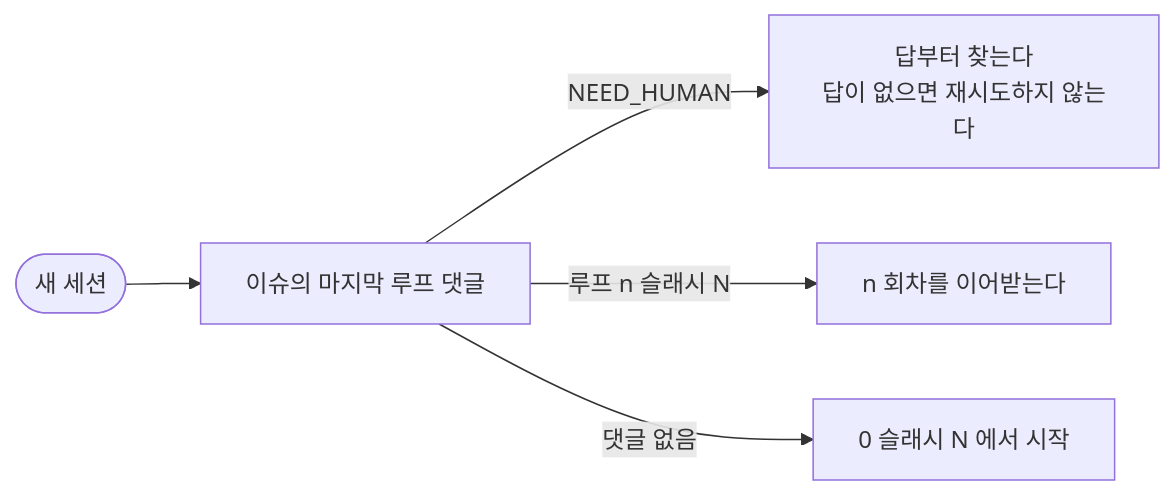
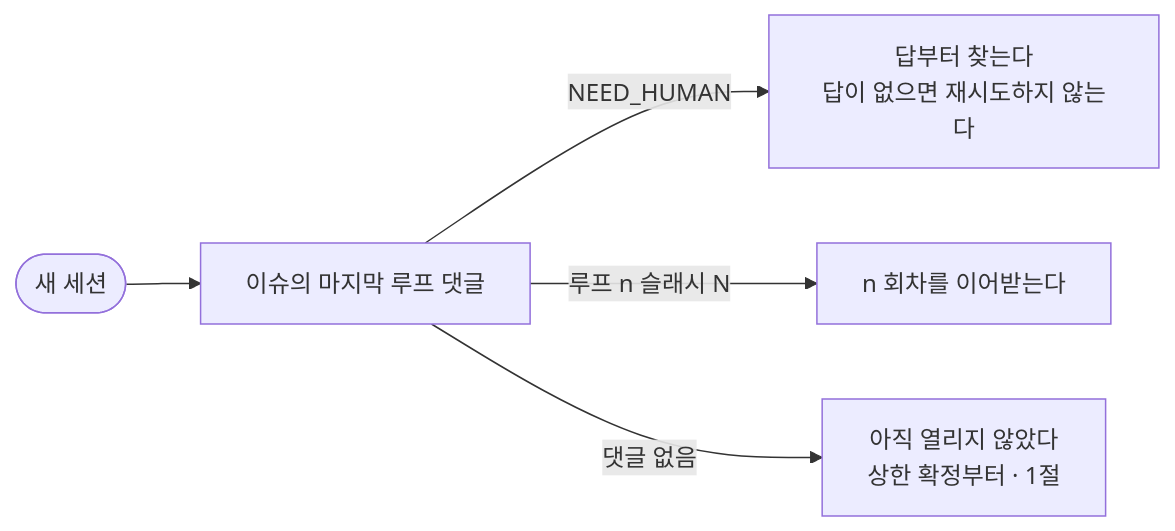
The second of 2 diagrams in docs/harness/loop.md (KIMJONGUK/inventory-poc), drawn with Mermaid before and after one commit. The commit also changed other lines of this file, not shown here.

````diff
--- a/docs/harness/loop.md
+++ b/docs/harness/loop.md
@@ -44,7 +45,7 @@
 ```mermaid
 flowchart LR
     S([새 세션]) --> M[이슈의 마지막 루프 댓글]
     M -- NEED_HUMAN --> Q[답부터 찾는다<br/>답이 없으면 재시도하지 않는다]
     M -- 루프 n 슬래시 N --> K[n 회차를 이어받는다]
-    M -- 댓글 없음 --> Z[0 슬래시 N 에서 시작]
+    M -- 댓글 없음 --> Z[아직 열리지 않았다<br/>상한 확정부터 · 1절]
 ```
````
